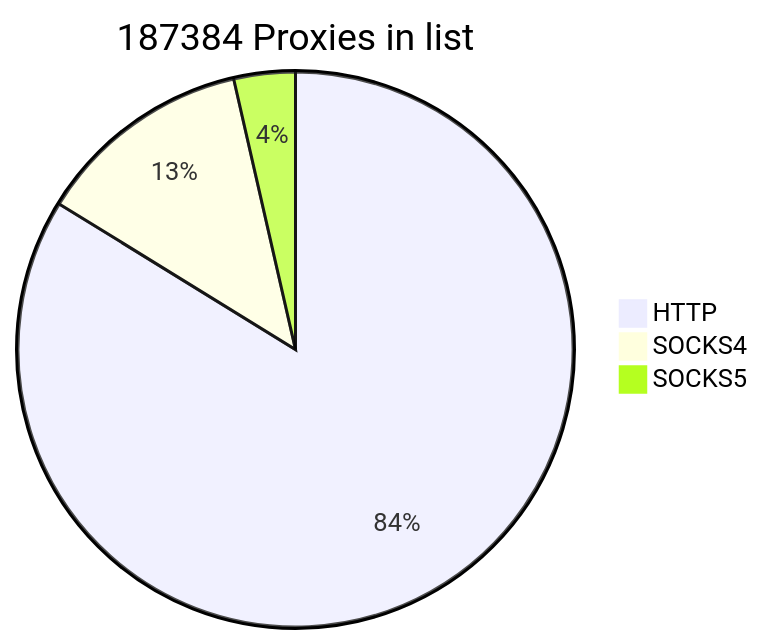
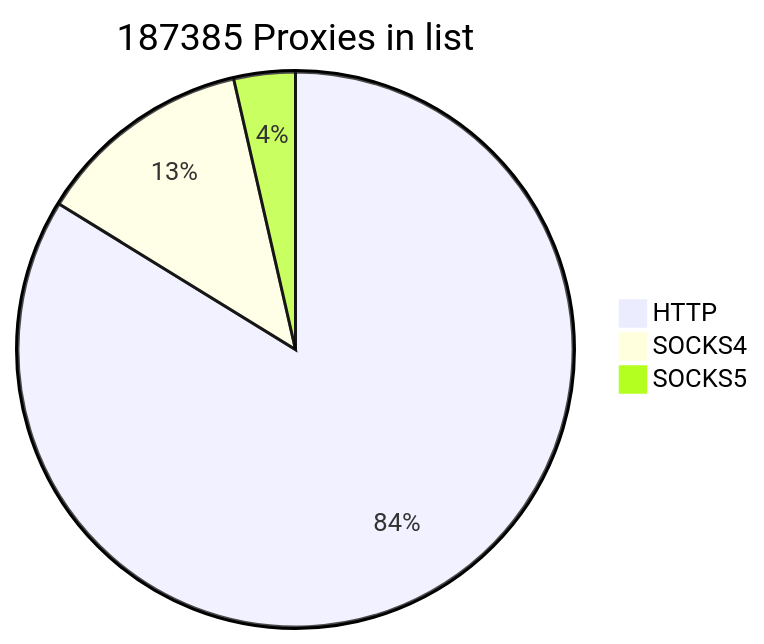
Before and after one commit to cutipu/proxylist: the first of 2 diagrams in README.md, drawn with Mermaid. The commit also changed other lines of this file, not shown here.

````diff
--- a/README.md
+++ b/README.md
@@ -2,7 +2,7 @@
 ```mermaid
-pie title 187384 Proxies in list
-    "HTTP" : 157005
-    "SOCKS4" : 23681
-    "SOCKS5" : 6698
+pie title 187385 Proxies in list
+    "HTTP" : 157004
+    "SOCKS4" : 23682
+    "SOCKS5" : 6699
             
 ```
````
